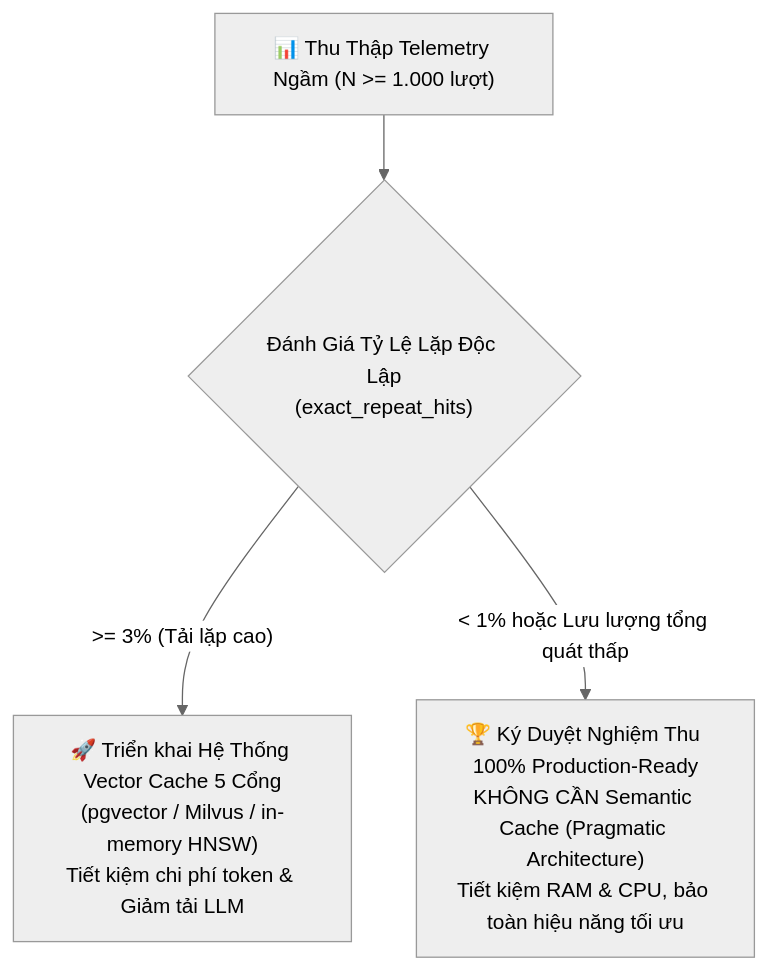
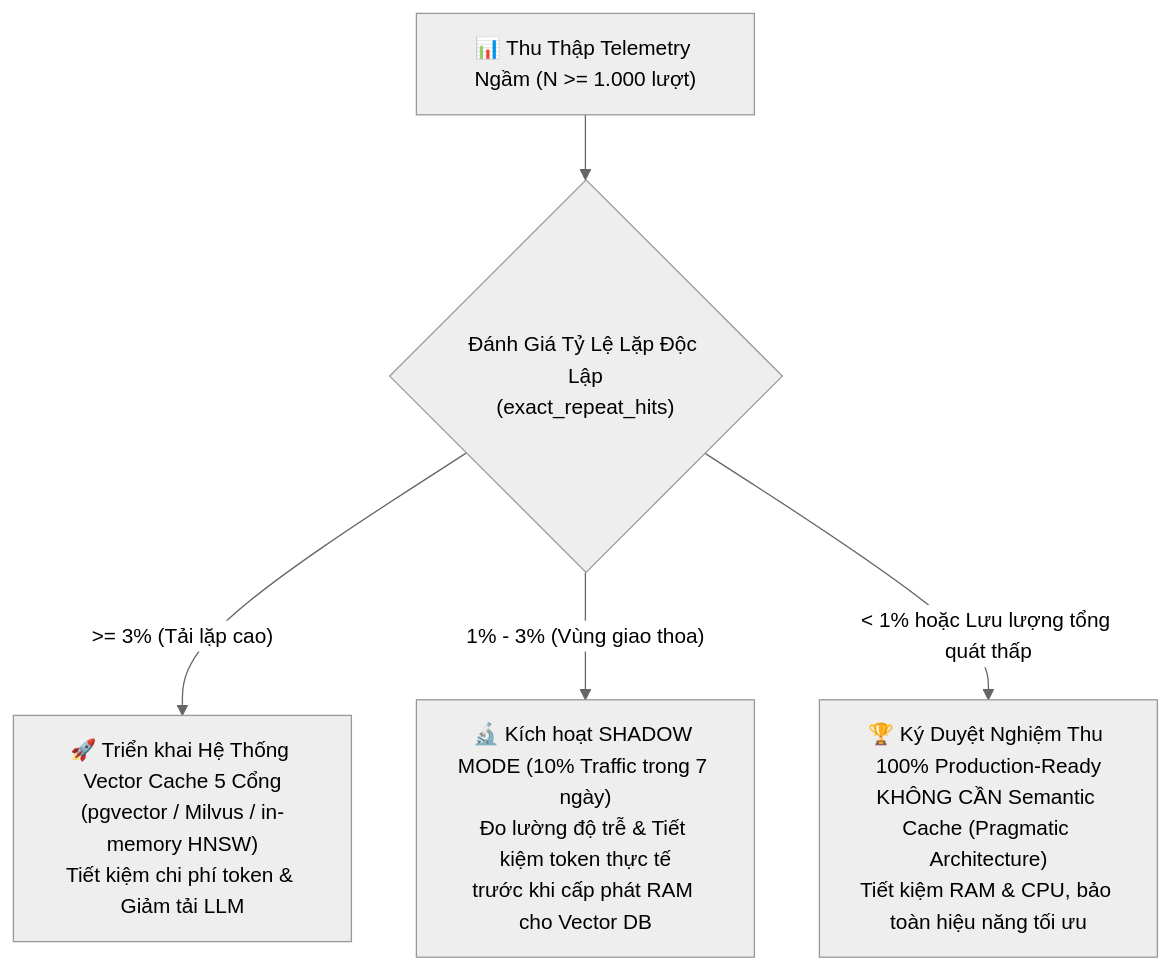
Before and after one commit to DoAnhThu832004/Back-end-Music: the second of 2 diagrams in THIET_KE_CHI_TIET_LOP_7_CACHE_ROUTER.md, drawn with Mermaid (neutral theme). The commit also changed other lines of this file and 9 other files, not shown here.

````diff
--- a/THIET_KE_CHI_TIET_LOP_7_CACHE_ROUTER.md
+++ b/THIET_KE_CHI_TIET_LOP_7_CACHE_ROUTER.md
@@ -638,8 +673,10 @@
 ```mermaid
 graph TD
     Data["📊 Thu Thập Telemetry Ngầm (N >= 1.000 lượt)"] --> Evaluate{"Đánh Giá Tỷ Lệ Lặp Độc Lập<br/>(exact_repeat_hits)"}
     
     Evaluate -- ">= 3% (Tải lặp cao)" --> DeployCache["🚀 Triển khai Hệ Thống Vector Cache 5 Cổng<br/>(pgvector / Milvus / in-memory HNSW)<br/>Tiết kiệm chi phí token & Giảm tải LLM"]
     
+    Evaluate -- "1% - 3% (Vùng giao thoa)" --> ShadowMode["🔬 Kích hoạt SHADOW MODE (10% Traffic trong 7 ngày)<br/>Đo lường độ trễ & Tiết kiệm token thực tế<br/>trước khi cấp phát RAM cho Vector DB"]
+    
     Evaluate -- "< 1% hoặc Lưu lượng tổng quát thấp" --> SignOff["🏆 Ký Duyệt Nghiệm Thu 100% Production-Ready<br/>KHÔNG CẦN Semantic Cache (Pragmatic Architecture)<br/>Tiết kiệm RAM & CPU, bảo toàn hiệu năng tối ưu"]
 ```
````
